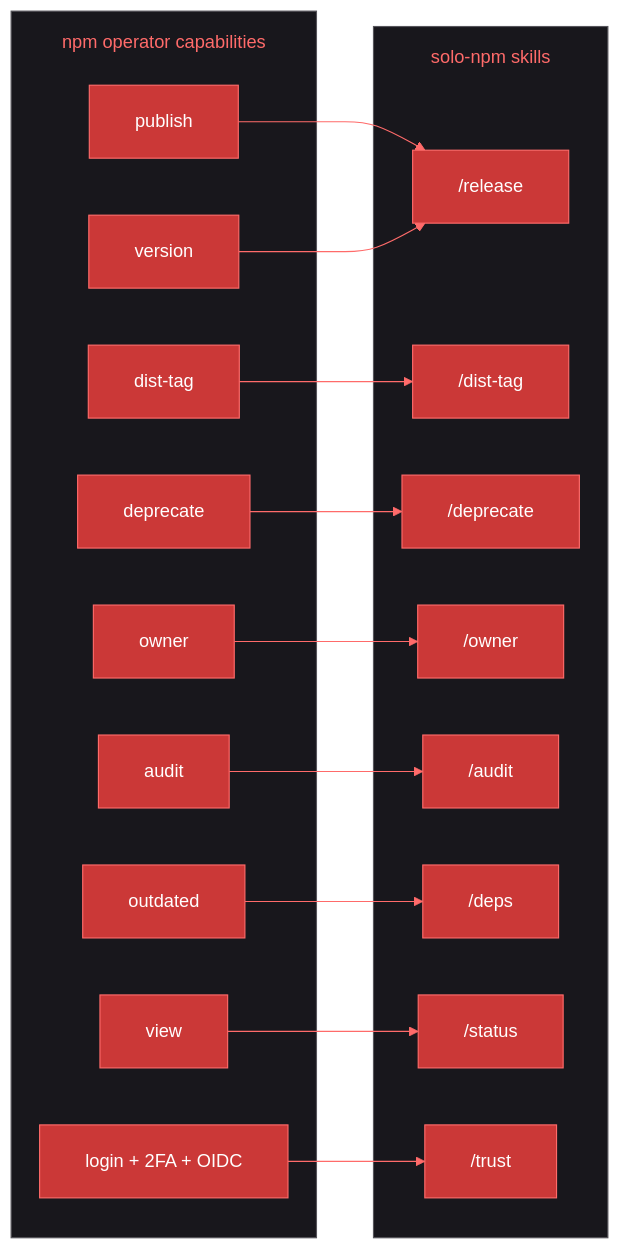
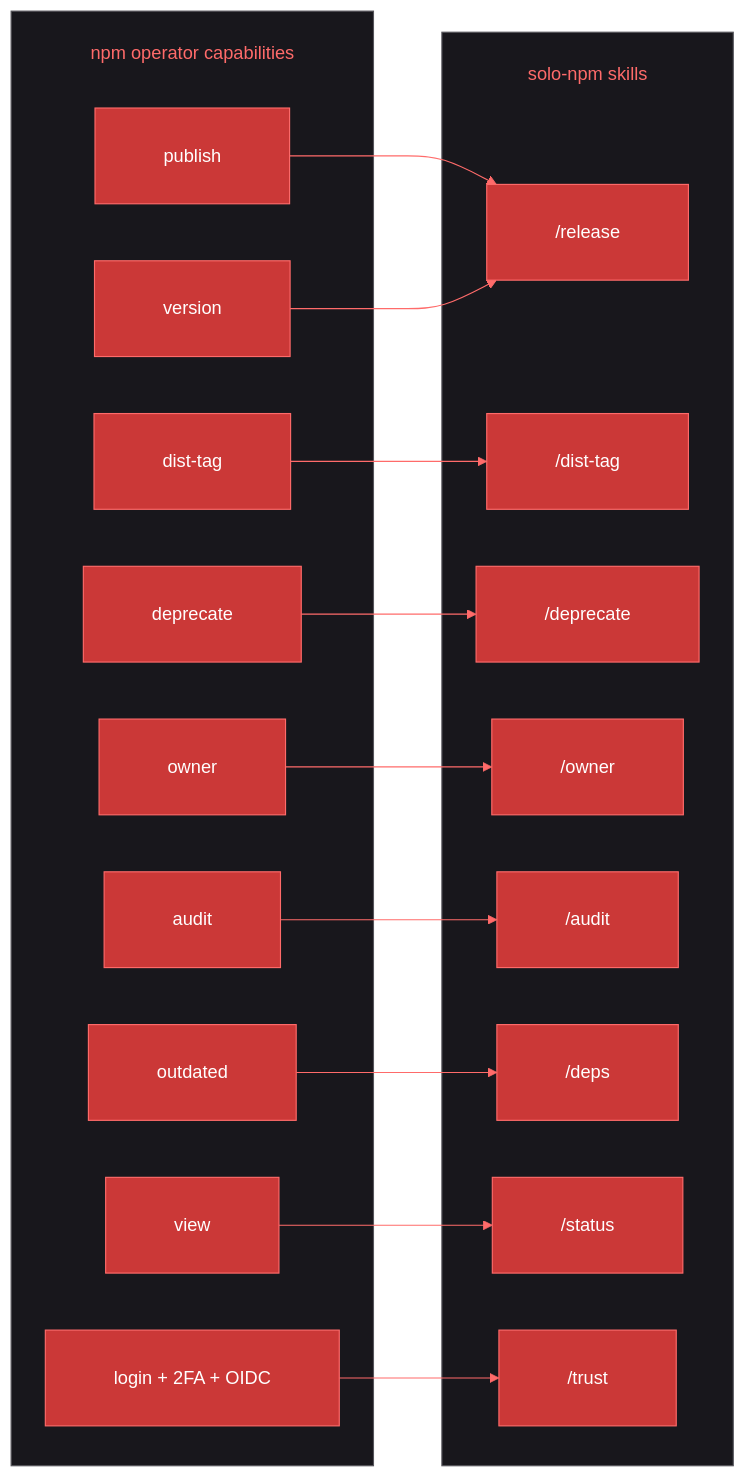
The diagram in resources/diagrams/capability-to-skill.mmd (gagle/solo-npm), drawn with Mermaid before and after one commit. The commit also changed 5 other files, not shown here.

First line of the commit message:
docs: drop out-of-scope section + give diagrams more breathing room

```diff
--- a/resources/diagrams/capability-to-skill.mmd
+++ b/resources/diagrams/capability-to-skill.mmd
@@ -1,48 +1,48 @@
 %%{init: {'theme':'base','themeVariables':{
   'primaryColor':'#cb3837',
   'primaryTextColor':'#ffffff',
   'primaryBorderColor':'#ff6b6a',
   'lineColor':'#ff6b6a',
   'secondaryColor':'#a02320',
   'tertiaryColor':'#7d1c1a',
   'background':'#111114',
   'mainBkg':'#cb3837',
   'secondBkg':'#a02320',
   'tertiaryBkg':'#2c2a32',
   'clusterBkg':'#18171c',
   'clusterBorder':'#56555b',
   'titleColor':'#ff6b6a',
   'edgeLabelBackground':'#18171c',
   'fontFamily':'ui-monospace, monospace'
-},'flowchart':{'padding':20,'subGraphTitleMargin':{'top':15,'bottom':15}}}}%%
+},'flowchart':{'padding':30,'nodeSpacing':50,'rankSpacing':60,'subGraphTitleMargin':{'top':25,'bottom':25}}}}%%
 flowchart LR
     subgraph CAPS["npm operator capabilities"]
         publish["publish"]
         version["version"]
         distTagCap["dist-tag"]
         deprecateCap["deprecate"]
         ownerCap["owner"]
         auditCap["audit"]
         outdatedCap["outdated"]
         viewCap["view"]
         loginCap["login + 2FA + OIDC"]
     end
     subgraph SKILLS["solo-npm skills"]
         skRelease["/release"]
         skDistTag["/dist-tag"]
         skDeprecate["/deprecate"]
         skOwner["/owner"]
         skAudit["/audit"]
         skDeps["/deps"]
         skStatus["/status"]
         skTrust["/trust"]
     end
     publish --> skRelease
     version --> skRelease
     distTagCap --> skDistTag
     deprecateCap --> skDeprecate
     ownerCap --> skOwner
     auditCap --> skAudit
     outdatedCap --> skDeps
     viewCap --> skStatus
     loginCap --> skTrust
```
